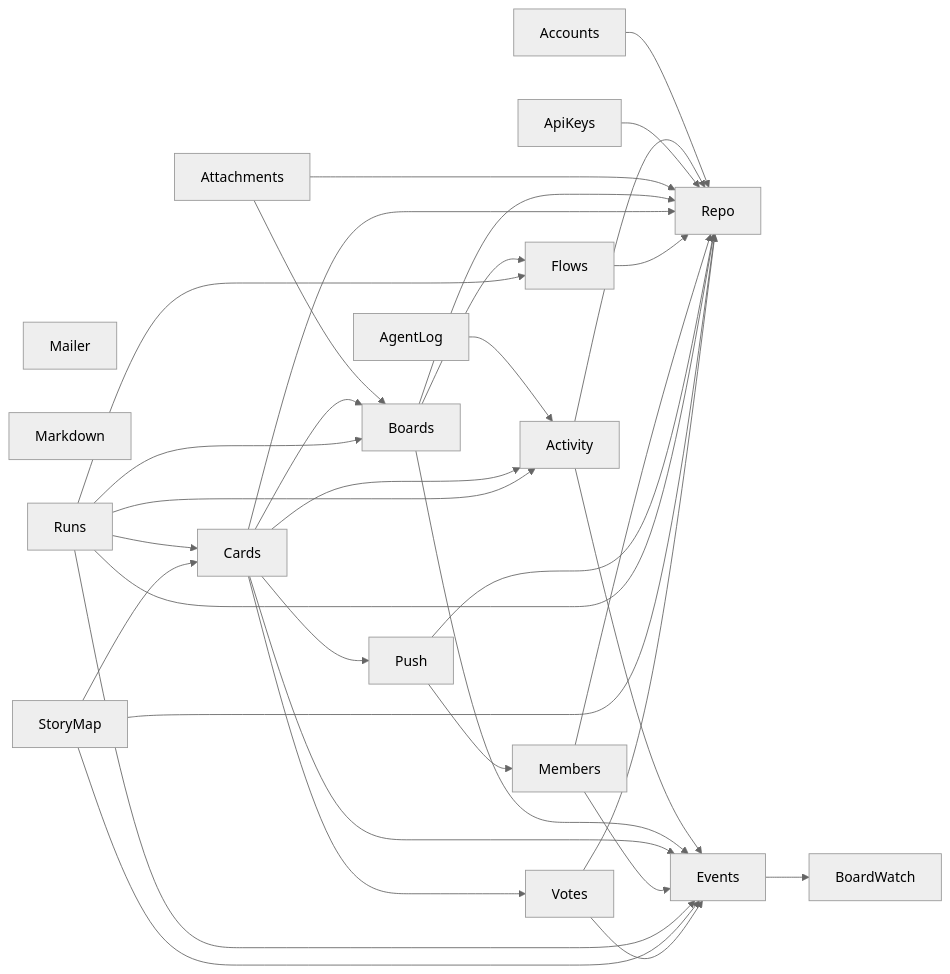
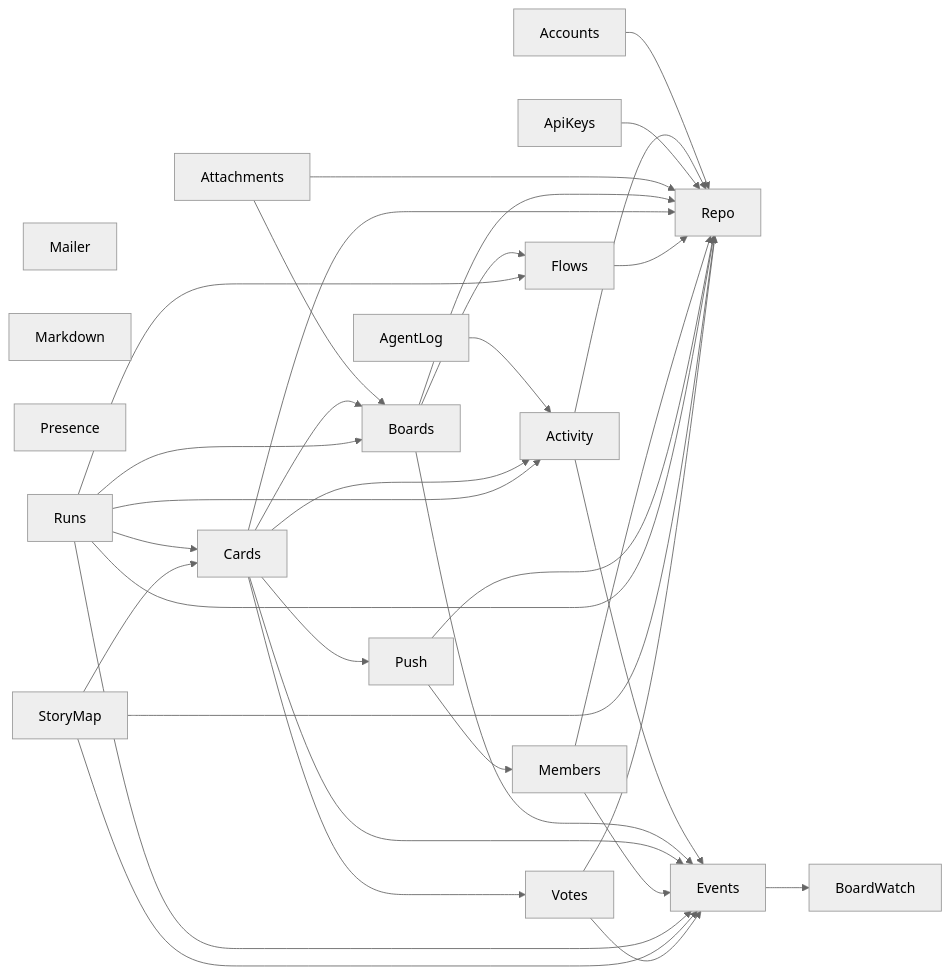
The second of 2 diagrams in docs/architecture/deps.md (jeremylightsmith/relay), drawn with Mermaid (neutral theme) before and after one commit. The commit also changed 11 other files, not shown here.

````diff
--- a/docs/architecture/deps.md
+++ b/docs/architecture/deps.md
@@ -28,38 +28,39 @@
 ```mermaid
 flowchart LR
     Mailer
     Markdown
+    Presence
     Accounts --> Repo
     Activity --> Events
     Activity --> Repo
     AgentLog --> Activity
     ApiKeys --> Repo
     Attachments --> Boards
     Attachments --> Repo
     Boards --> Events
     Boards --> Flows
     Boards --> Repo
     Cards --> Activity
     Cards --> Boards
     Cards --> Events
     Cards --> Push
     Cards --> Repo
     Cards --> Votes
     Events --> BoardWatch
     Flows --> Repo
     Members --> Events
     Members --> Repo
     Push --> Members
     Push --> Repo
     Runs --> Activity
     Runs --> Boards
     Runs --> Cards
     Runs --> Events
     Runs --> Flows
     Runs --> Repo
     StoryMap --> Cards
     StoryMap --> Events
     StoryMap --> Repo
     Votes --> Events
     Votes --> Repo
 ```
````
